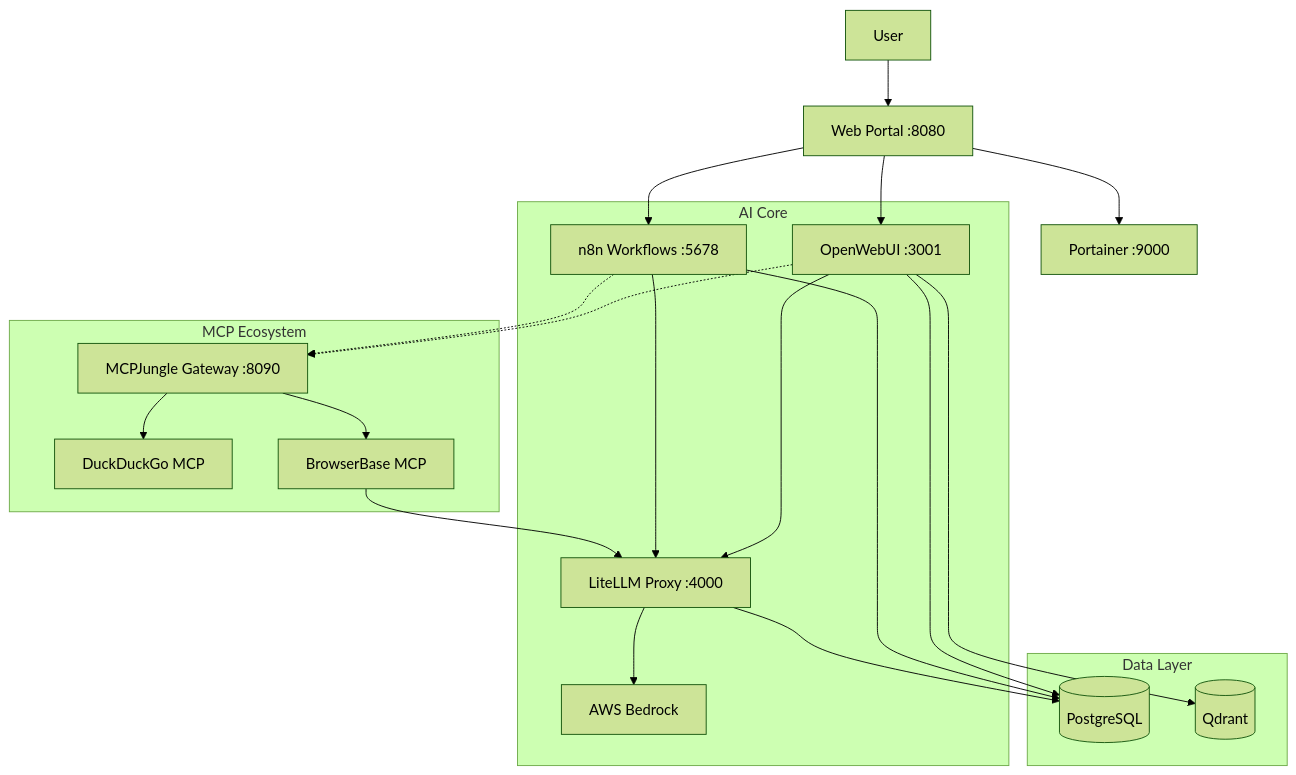
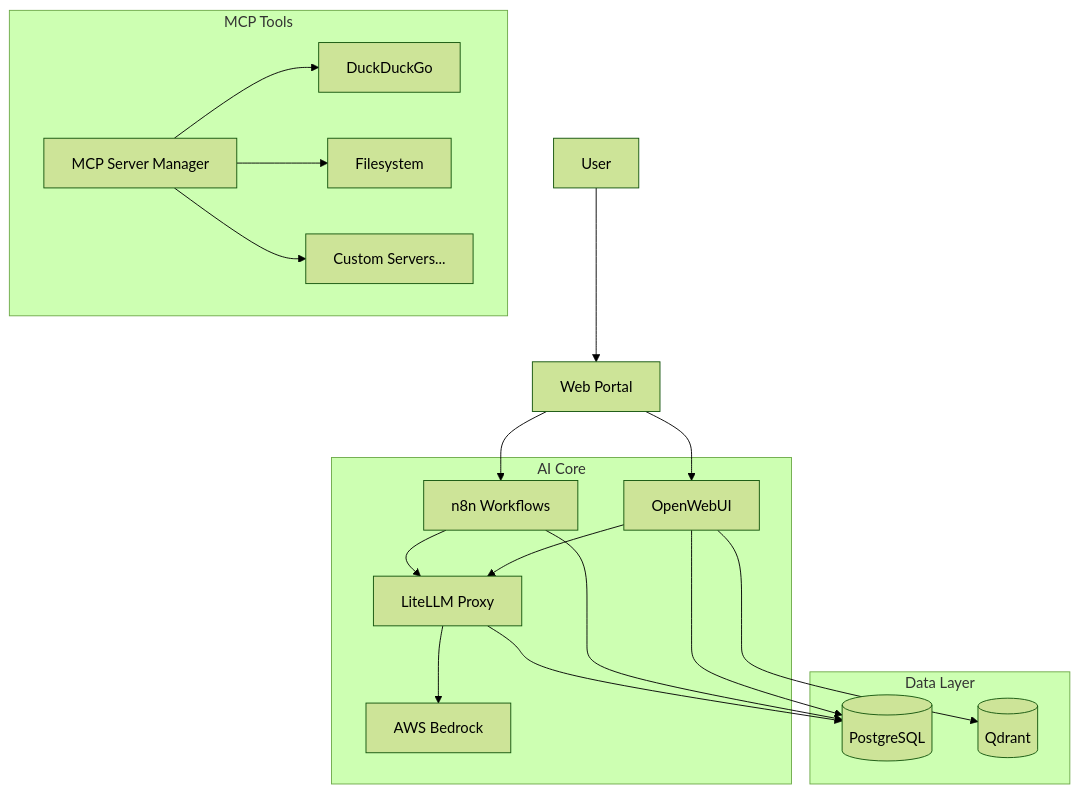
Before and after one commit to groovysquirrel/project_pluto: the diagram in README.md, drawn with Mermaid (forest theme). The commit also changed other lines of this file and 16 other files, not shown here.

Commit message:
feat: introduce FastMCP server, add Titan embeddings, and integrate OpenSearch Serverless for vector search.

````diff
--- a/README.md
+++ b/README.md
@@ -25,32 +21,29 @@
 ```mermaid
 graph TD
-    User[User] --> Portal[Web Portal :8080]
-    Portal --> OpenWebUI[OpenWebUI :3001]
-    Portal --> n8n[n8n Workflows :5678]
-    Portal --> Portainer[Portainer :9000]
+    User[User] --> Portal[Web Portal]
+    Portal --> OpenWebUI[OpenWebUI]
+    Portal --> n8n[n8n Workflows]
     
     subgraph Data Layer
         Postgres[(PostgreSQL)]
         Qdrant[(Qdrant)]
     end
 
     subgraph AI Core
-        OpenWebUI --> LiteLLM[LiteLLM Proxy :4000]
+        OpenWebUI --> LiteLLM[LiteLLM Proxy]
         n8n --> LiteLLM
         LiteLLM --> AWS[AWS Bedrock]
         OpenWebUI --> Qdrant
     end
 
-    subgraph MCP Ecosystem
-        MCPJungle[MCPJungle Gateway :8090]
-        OpenWebUI -.-> MCPJungle
-        n8n -.-> MCPJungle
-        MCPJungle --> DDG[DuckDuckGo MCP]
-        MCPJungle --> BrowserBase[BrowserBase MCP]
-        BrowserBase --> LiteLLM
+    subgraph MCP Tools
+        MCPManager[MCP Server Manager]
+        MCPManager --> DuckDuckGo
+        MCPManager --> Filesystem
+        MCPManager --> CustomMCP[Custom Servers...]
     end
 
     OpenWebUI --> Postgres
     n8n --> Postgres
     LiteLLM --> Postgres
 ```
````
